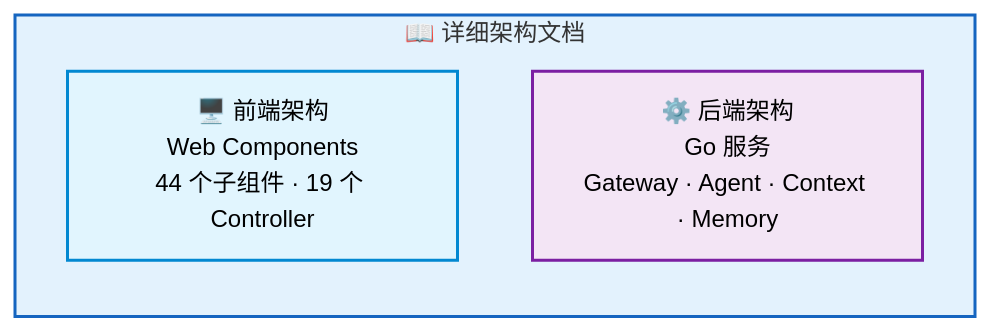
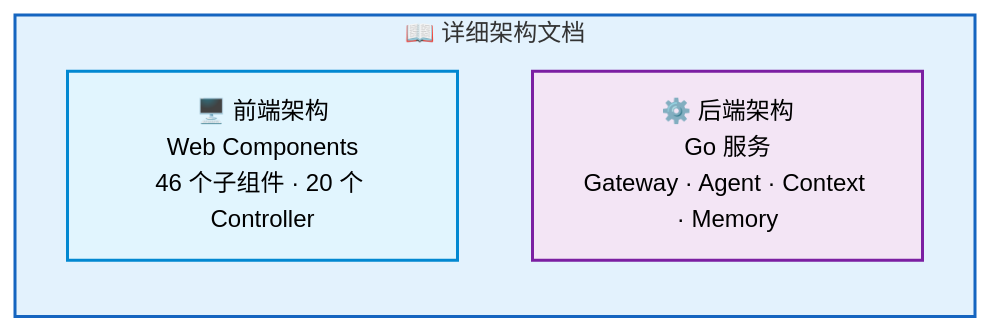
One commit to rtc-agent/docs changed the third of 3 diagrams in src/content/docs/architecture/index.md. Above: the diagram before and after it, drawn with Mermaid (neutral theme). The commit also changed 5 other files, not shown here.

````diff
--- a/src/content/docs/architecture/index.md
+++ b/src/content/docs/architecture/index.md
@@ -123,12 +123,12 @@
 ```mermaid
 flowchart LR
     subgraph PAGES["📖 详细架构文档"]
         direction TB
-        FE_PAGE["🖥️ 前端架构<br/>Web Components<br/>44 个子组件 · 19 个 Controller"]
+        FE_PAGE["🖥️ 前端架构<br/>Web Components<br/>46 个子组件 · 20 个 Controller"]
         BE_PAGE["⚙️ 后端架构<br/>Go 服务<br/>Gateway · Agent · Context · Memory"]
     end
 
     style PAGES fill:#e3f2fd,stroke:#1565c0,stroke-width:2px
     style FE_PAGE fill:#e1f5fe,stroke:#0288d1,stroke-width:2px
     style BE_PAGE fill:#f3e5f5,stroke:#7b1fa2,stroke-width:2px
 ```
````
